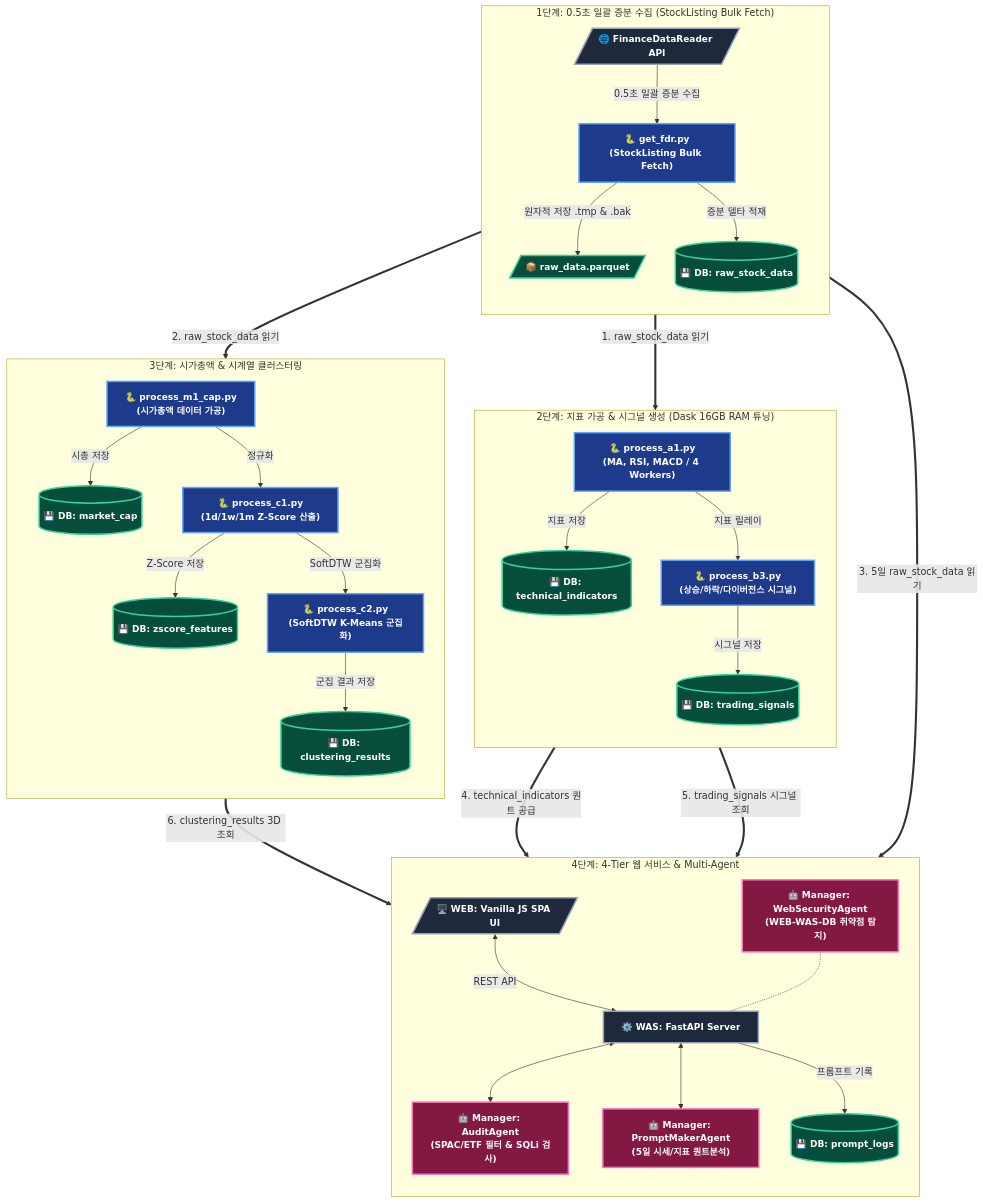
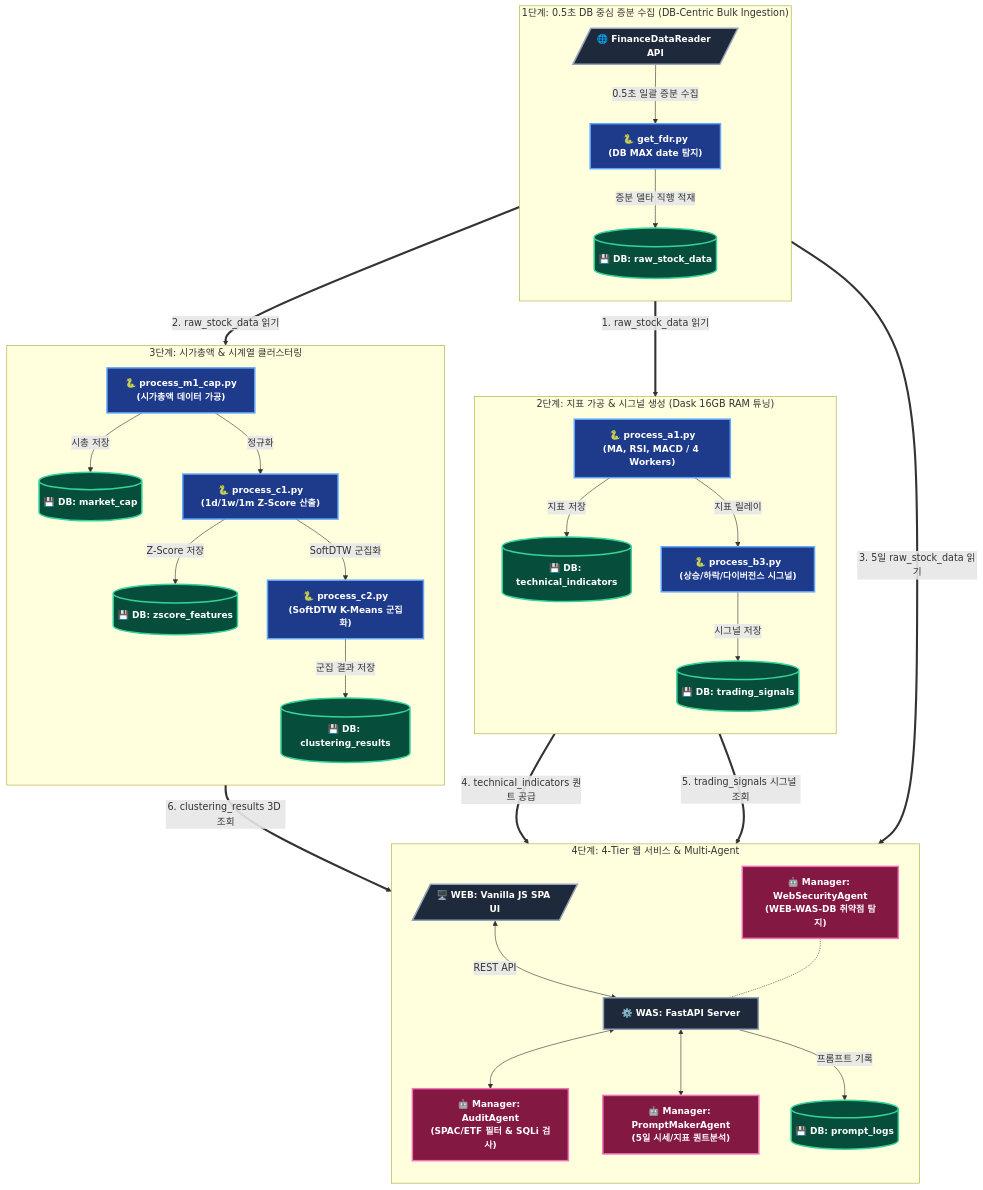
One commit to hugingstar/ggeolmu changed the first of 2 diagrams in README.md. Above: the diagram before and after it, drawn with Mermaid. The commit also changed other lines of this file, not shown here.

Commit message:
docs: README.md 2.1 전체 데이터 파이프라인 DB 중심(DB-Centric) 최신 수집 흐름도 반영

````diff
--- a/README.md
+++ b/README.md
@@ -14,58 +14,57 @@
 ```mermaid
 flowchart TD
     %% 커스텀 색상 및 폰트 크기 스타일 정의
     classDef pythonEngine fill:#1e3a8a,stroke:#60a5fa,stroke-width:2.5px,color:#ffffff,font-size:15px,font-weight:bold;
     classDef dbStorage fill:#064e3b,stroke:#34d399,stroke-width:2.5px,color:#ffffff,font-size:15px,font-weight:bold;
     classDef agentManager fill:#831843,stroke:#f472b6,stroke-width:2.5px,color:#ffffff,font-size:15px,font-weight:bold;
     classDef webServer fill:#1e293b,stroke:#94a3b8,stroke-width:2.5px,color:#ffffff,font-size:15px,font-weight:bold;
 
-    %% 1단계: 증분 수집 및 원자적 적재
-    subgraph Step1 ["1단계: 0.5초 일괄 증분 수집 (StockListing Bulk Fetch)"]
+    %% 1단계: DB 중심 초고속 증분 수집 및 DB 직행 적재
+    subgraph Step1 ["1단계: 0.5초 DB 중심 증분 수집 (DB-Centric Bulk Ingestion)"]
         direction TB
-        FDR[/"🌐 FinanceDataReader API"/] -->|0.5초 일괄 증분 수집| GetFDR["🐍 get_fdr.py<br>(StockListing Bulk Fetch)"]
-        GetFDR -->|원자적 저장 .tmp & .bak| RawParquet[/"📦 raw_data.parquet"/]
-        GetFDR -->|증분 델타 적재| DB_Raw[("💾 DB: raw_stock_data")]
+        FDR[/"🌐 FinanceDataReader API"/] -->|0.5초 일괄 증분 수집| GetFDR["🐍 get_fdr.py<br>(DB MAX date 탐지)"]
+        GetFDR -->|증분 델타 직행 적재| DB_Raw[("💾 DB: raw_stock_data")]
     end
 
     %% 2단계: 기술적 지표 및 시그널 연산
     subgraph Step2 ["2단계: 지표 가공 & 시그널 생성 (Dask 16GB RAM 튜닝)"]
         direction TB
         ProcessA1["🐍 process_a1.py<br>(MA, RSI, MACD / 4 Workers)"] -->|지표 저장| DB_Tech[("💾 DB: technical_indicators")]
         ProcessA1 -->|지표 릴레이| ProcessB3["🐍 process_b3.py<br>(상승/하락/다이버전스 시그널)"]
         ProcessB3 -->|시그널 저장| DB_Signal[("💾 DB: trading_signals")]
     end
 
     %% 3단계: 시계열 클러스터링
     subgraph Step3 ["3단계: 시가총액 & 시계열 클러스터링"]
         direction TB
         ProcessM1["🐍 process_m1_cap.py<br>(시가총액 데이터 가공)"] -->|시총 저장| DB_Cap[("💾 DB: market_cap")]
         ProcessM1 -->|정규화| ProcessC1["🐍 process_c1.py<br>(1d/1w/1m Z-Score 산출)"]
         ProcessC1 -->|Z-Score 저장| DB_ZScore[("💾 DB: zscore_features")]
         ProcessC1 -->|SoftDTW 군집화| ProcessC2["🐍 process_c2.py<br>(SoftDTW K-Means 군집화)"]
         ProcessC2 -->|군집 결과 저장| DB_Cluster[("💾 DB: clustering_results")]
     end
 
     %% 4단계: 4-Tier 웹 서비스 & 멀티 에이전트
     subgraph Step4 ["4단계: 4-Tier 웹 서비스 & Multi-Agent"]
         direction TB
         UI[/"🖥️ WEB: Vanilla JS SPA UI"/] <-->|REST API| WAS["⚙️ WAS: FastAPI Server"]
         WAS <--> Audit["🤖 Manager: AuditAgent<br>(SPAC/ETF 필터 & SQLi 검사)"]
         WAS <--> PromptAgent["🤖 Manager: PromptMakerAgent<br>(5일 시세/지표 퀀트분석)"]
         WAS -->|프롬프트 기록| DB_Logs[("💾 DB: prompt_logs")]
         SecAgent["🤖 Manager: WebSecurityAgent<br>(WEB-WAS-DB 취약점 탐지)"] -.- WAS
     end
 
     %% [DB 핀포인트 흐름 연계선 (어떤 DB -> 어떤 DB/모듈)]
     DB_Raw ==>|1. raw_stock_data 읽기| ProcessA1
     DB_Raw ==>|2. raw_stock_data 읽기| ProcessM1
     DB_Raw ==>|3. 5일 raw_stock_data 읽기| PromptAgent
     DB_Tech ==>|4. technical_indicators 퀀트 공급| PromptAgent
     DB_Signal ==>|5. trading_signals 시그널 조회| WAS
     DB_Cluster ==>|6. clustering_results 3D 조회| WAS
 
     %% 노드 스타일 지정 (.py: 파란색, DB: 녹색, 에이전트: 핑크, Web/WAS: 슬레이트)
     class GetFDR,ProcessA1,ProcessB3,ProcessM1,ProcessC1,ProcessC2 pythonEngine;
-    class DB_Raw,DB_Tech,DB_Signal,DB_Cap,DB_ZScore,DB_Cluster,DB_Logs,RawParquet dbStorage;
+    class DB_Raw,DB_Tech,DB_Signal,DB_Cap,DB_ZScore,DB_Cluster,DB_Logs dbStorage;
     class Audit,PromptAgent,SecAgent agentManager;
     class UI,WAS,FDR webServer;
 ```
````
